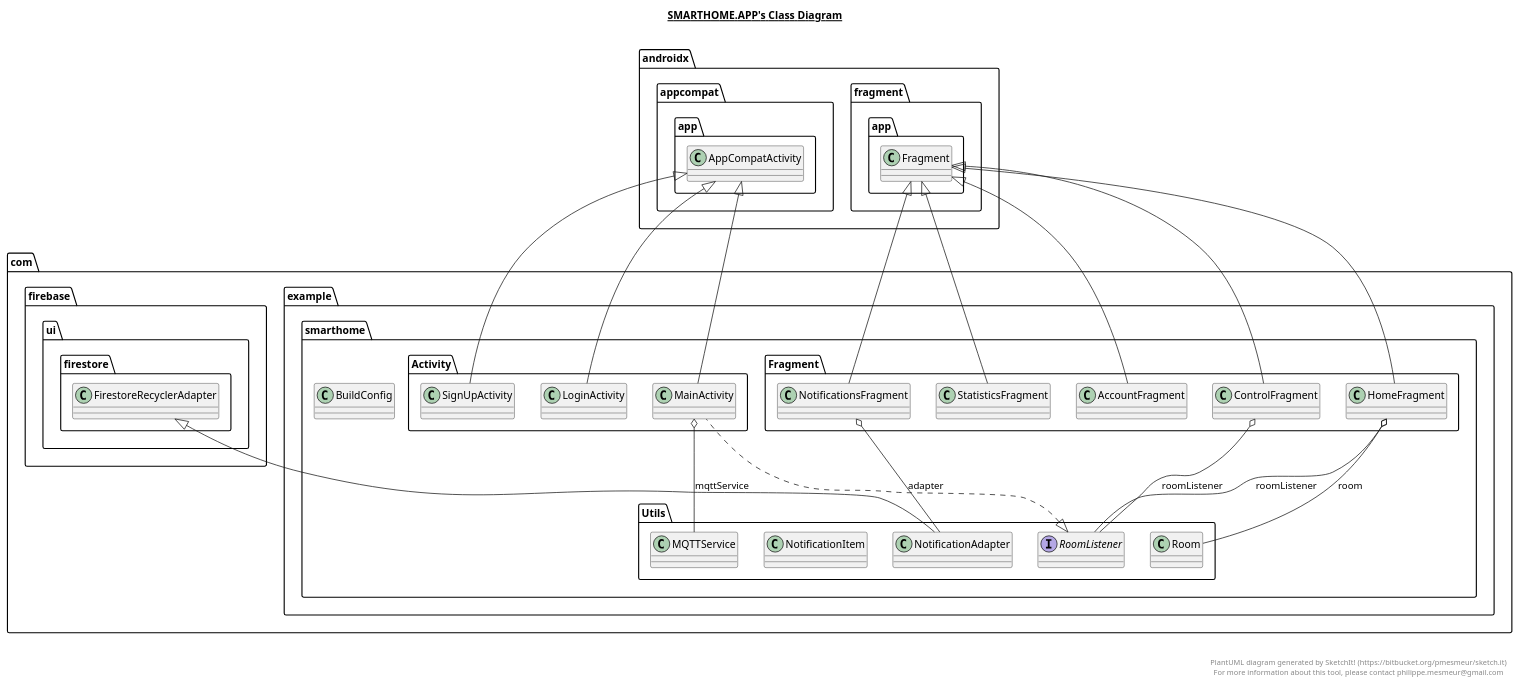
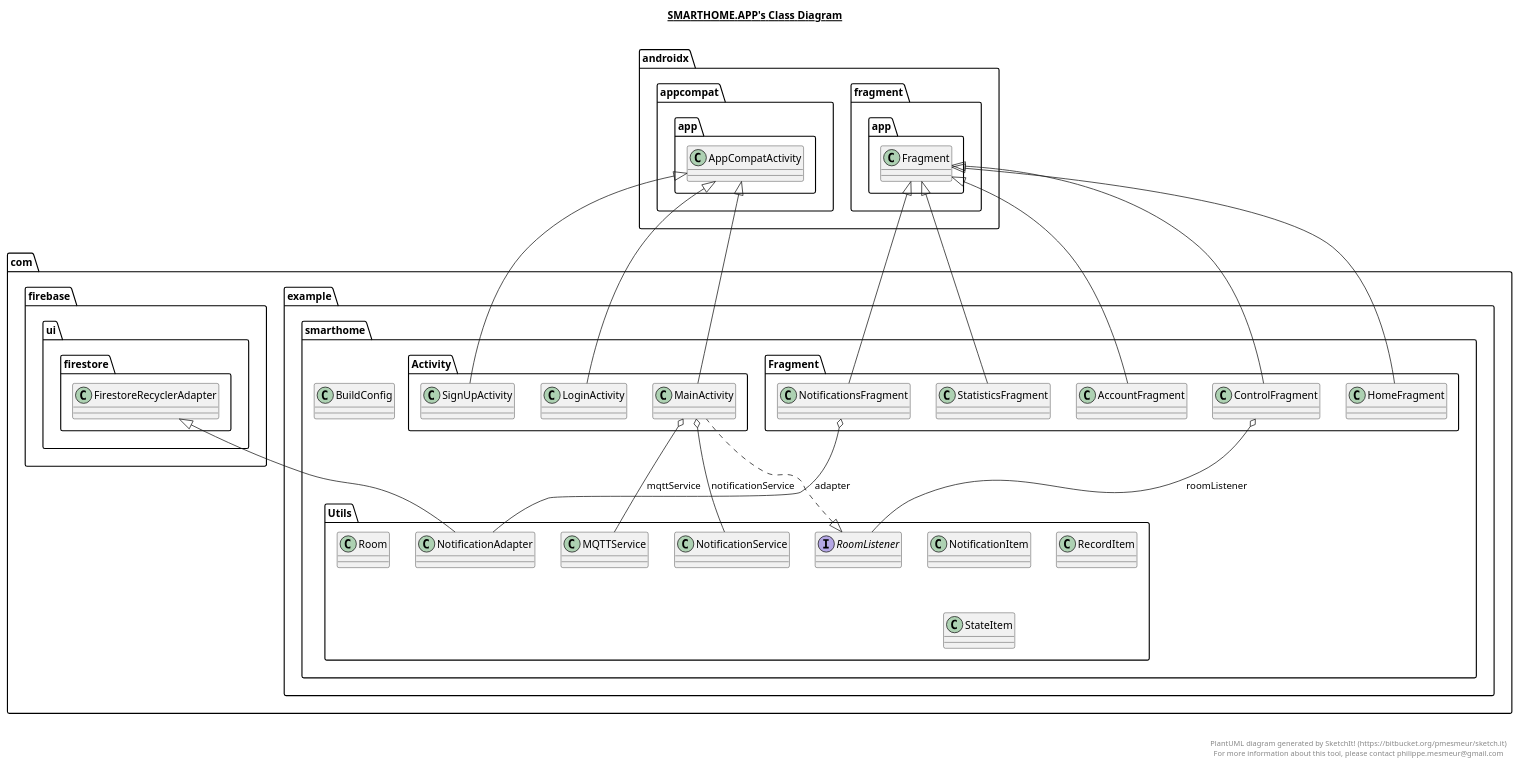
Before and after one commit to tdvinhthuy/SmartHome: the diagram in .idea/modules/app/app.plantuml, drawn with PlantUML. The commit also changed 1 other file, not shown here.

```diff
--- a/.idea/modules/app/app.plantuml
+++ b/.idea/modules/app/app.plantuml
@@ -1,140 +1,163 @@
 @startuml
 
 title __SMARTHOME.APP's Class Diagram__\n
 
   namespace com.example.smarthome {
     namespace Activity {
       class com.example.smarthome.Activity.LoginActivity {
       }
     }
   }
   
 
   namespace com.example.smarthome {
     namespace Activity {
       class com.example.smarthome.Activity.MainActivity {
       }
     }
   }
   
 
   namespace com.example.smarthome {
     namespace Activity {
       class com.example.smarthome.Activity.SignUpActivity {
       }
     }
   }
   
 
   namespace com.example.smarthome {
     class com.example.smarthome.BuildConfig {
     }
   }
   
 
   namespace com.example.smarthome {
     namespace Fragment {
       class com.example.smarthome.Fragment.AccountFragment {
       }
     }
   }
   
 
   namespace com.example.smarthome {
     namespace Fragment {
       class com.example.smarthome.Fragment.ControlFragment {
       }
     }
   }
   
 
   namespace com.example.smarthome {
     namespace Fragment {
       class com.example.smarthome.Fragment.HomeFragment {
       }
     }
   }
   
 
   namespace com.example.smarthome {
     namespace Fragment {
       class com.example.smarthome.Fragment.NotificationsFragment {
       }
     }
   }
   
 
   namespace com.example.smarthome {
     namespace Fragment {
       class com.example.smarthome.Fragment.StatisticsFragment {
       }
     }
   }
   
 
   namespace com.example.smarthome {
     namespace Utils {
       class com.example.smarthome.Utils.MQTTService {
       }
     }
   }
   
 
   namespace com.example.smarthome {
     namespace Utils {
       class com.example.smarthome.Utils.NotificationAdapter {
       }
     }
   }
   
 
   namespace com.example.smarthome {
     namespace Utils {
       class com.example.smarthome.Utils.NotificationItem {
       }
     }
   }
   
 
   namespace com.example.smarthome {
     namespace Utils {
+      class com.example.smarthome.Utils.NotificationService {
+      }
+    }
+  }
+  
+
+  namespace com.example.smarthome {
+    namespace Utils {
+      class com.example.smarthome.Utils.RecordItem {
+      }
+    }
+  }
+  
+
+  namespace com.example.smarthome {
+    namespace Utils {
       class com.example.smarthome.Utils.Room {
       }
     }
   }
   
 
   namespace com.example.smarthome {
     namespace Utils {
       interface com.example.smarthome.Utils.RoomListener {
       }
     }
   }
   
 
+  namespace com.example.smarthome {
+    namespace Utils {
+      class com.example.smarthome.Utils.StateItem {
+      }
+    }
+  }
+  
+
   com.example.smarthome.Activity.LoginActivity -up-|> androidx.appcompat.app.AppCompatActivity
   com.example.smarthome.Activity.MainActivity .up.|> com.example.smarthome.Utils.RoomListener
   com.example.smarthome.Activity.MainActivity -up-|> androidx.appcompat.app.AppCompatActivity
   com.example.smarthome.Activity.MainActivity o-- com.example.smarthome.Utils.MQTTService : mqttService
+  com.example.smarthome.Activity.MainActivity o-- com.example.smarthome.Utils.NotificationService : notificationService
   com.example.smarthome.Activity.SignUpActivity -up-|> androidx.appcompat.app.AppCompatActivity
   com.example.smarthome.Fragment.AccountFragment -up-|> androidx.fragment.app.Fragment
   com.example.smarthome.Fragment.ControlFragment -up-|> androidx.fragment.app.Fragment
   com.example.smarthome.Fragment.ControlFragment o-- com.example.smarthome.Utils.RoomListener : roomListener
   com.example.smarthome.Fragment.HomeFragment -up-|> androidx.fragment.app.Fragment
-  com.example.smarthome.Fragment.HomeFragment o-- com.example.smarthome.Utils.Room : room
-  com.example.smarthome.Fragment.HomeFragment o-- com.example.smarthome.Utils.RoomListener : roomListener
   com.example.smarthome.Fragment.NotificationsFragment -up-|> androidx.fragment.app.Fragment
   com.example.smarthome.Fragment.NotificationsFragment o-- com.example.smarthome.Utils.NotificationAdapter : adapter
   com.example.smarthome.Fragment.StatisticsFragment -up-|> androidx.fragment.app.Fragment
   com.example.smarthome.Utils.NotificationAdapter -up-|> com.firebase.ui.firestore.FirestoreRecyclerAdapter
   com.example.smarthome.Utils.Room o-- com.example.smarthome.Utils.Room.RoomType : type
 
 
 right footer
 
 
 PlantUML diagram generated by SketchIt! (https://bitbucket.org/pmesmeur/sketch.it)
 For more information about this tool, please contact philippe.mesmeur@gmail.com
 endfooter
 
 @enduml
```
